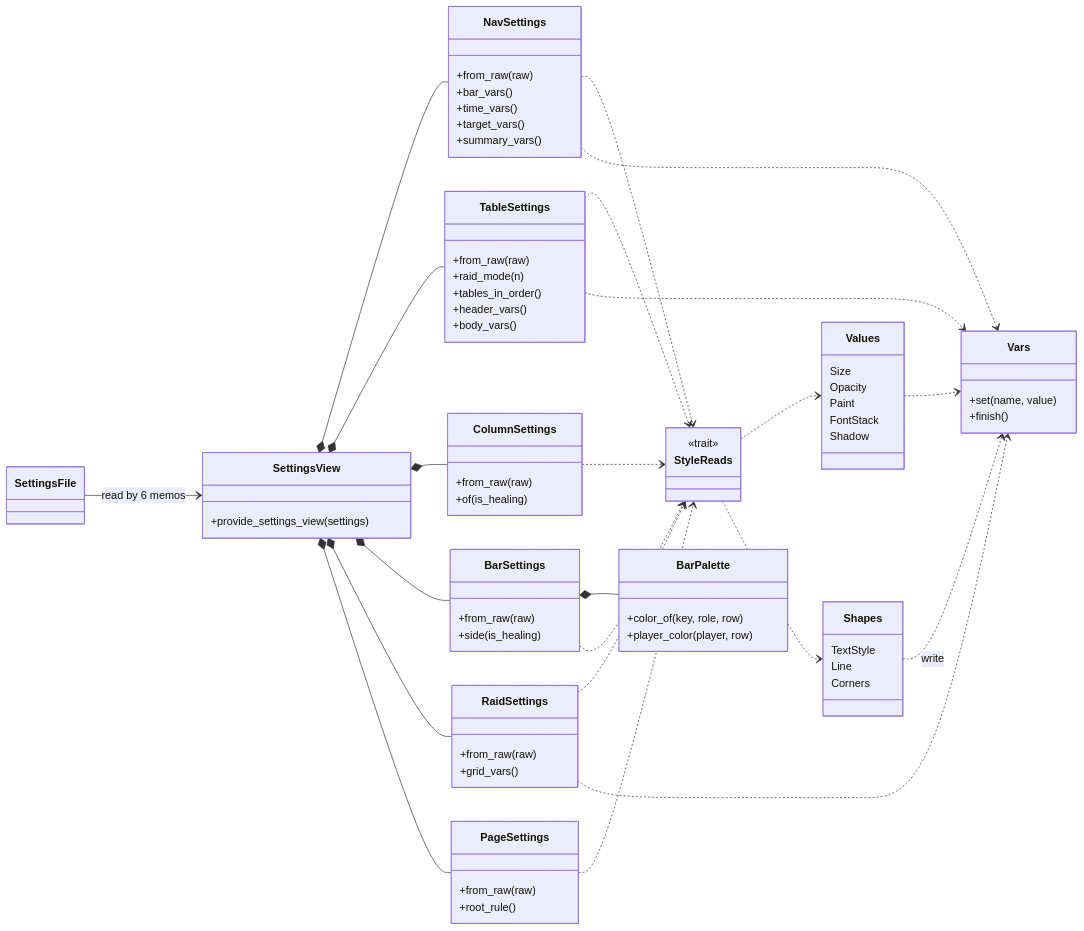
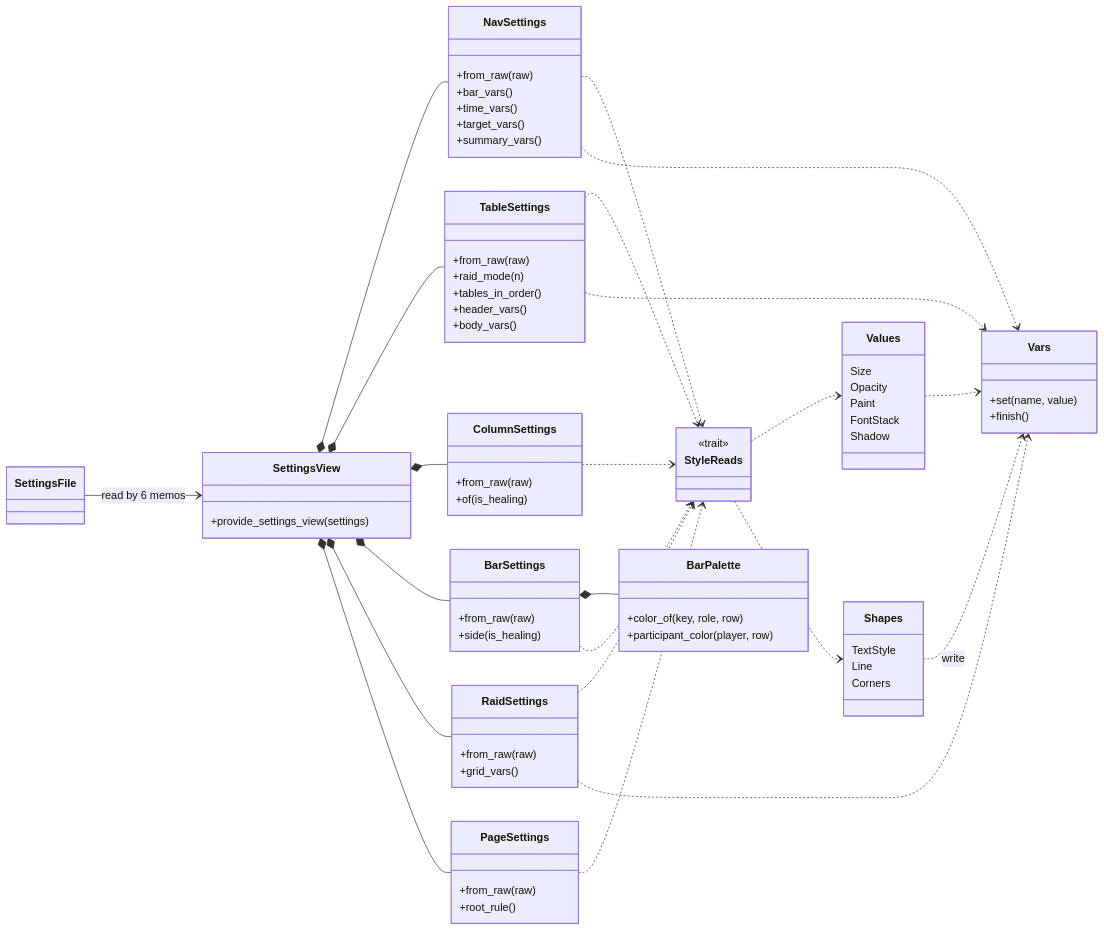
The fourth of 9 diagrams in docs/uml/README.md (vietchinh/mopimopi-rs), drawn with Mermaid before and after one commit. The commit also changed other lines of this file and 55 other files, not shown here.

````diff
--- a/docs/uml/README.md
+++ b/docs/uml/README.md
@@ -207,82 +207,82 @@
 ```mermaid
 classDiagram
   direction LR
   class SettingsFile
   class SettingsView {
     +provide_settings_view(settings)
   }
   class NavSettings {
     +from_raw(raw)
     +bar_vars()
     +time_vars()
     +target_vars()
     +summary_vars()
   }
   class TableSettings {
     +from_raw(raw)
     +raid_mode(n)
     +tables_in_order()
     +header_vars()
     +body_vars()
   }
   class ColumnSettings {
     +from_raw(raw)
     +of(is_healing)
   }
   class BarSettings {
     +from_raw(raw)
     +side(is_healing)
   }
   class BarPalette {
     +color_of(key, role, row)
-    +player_color(player, row)
+    +participant_color(player, row)
   }
   class RaidSettings {
     +from_raw(raw)
     +grid_vars()
   }
   class PageSettings {
     +from_raw(raw)
     +root_rule()
   }
   class StyleReads {
     <<trait>>
   }
   class Vars {
     +set(name, value)
     +finish()
   }
   class Values {
     Size
     Opacity
     Paint
     FontStack
     Shadow
   }
   class Shapes {
     TextStyle
     Line
     Corners
   }
   SettingsFile --> SettingsView : read by 6 memos
   SettingsView *-- NavSettings
   SettingsView *-- TableSettings
   SettingsView *-- ColumnSettings
   SettingsView *-- BarSettings
   SettingsView *-- RaidSettings
   SettingsView *-- PageSettings
   BarSettings *-- BarPalette
   NavSettings ..> StyleReads
   TableSettings ..> StyleReads
   BarSettings ..> StyleReads
   RaidSettings ..> StyleReads
   PageSettings ..> StyleReads
   ColumnSettings ..> StyleReads
   StyleReads ..> Values
   StyleReads ..> Shapes
   Shapes ..> Vars : write
   Values ..> Vars
   NavSettings ..> Vars
   TableSettings ..> Vars
   RaidSettings ..> Vars
 ```
````
